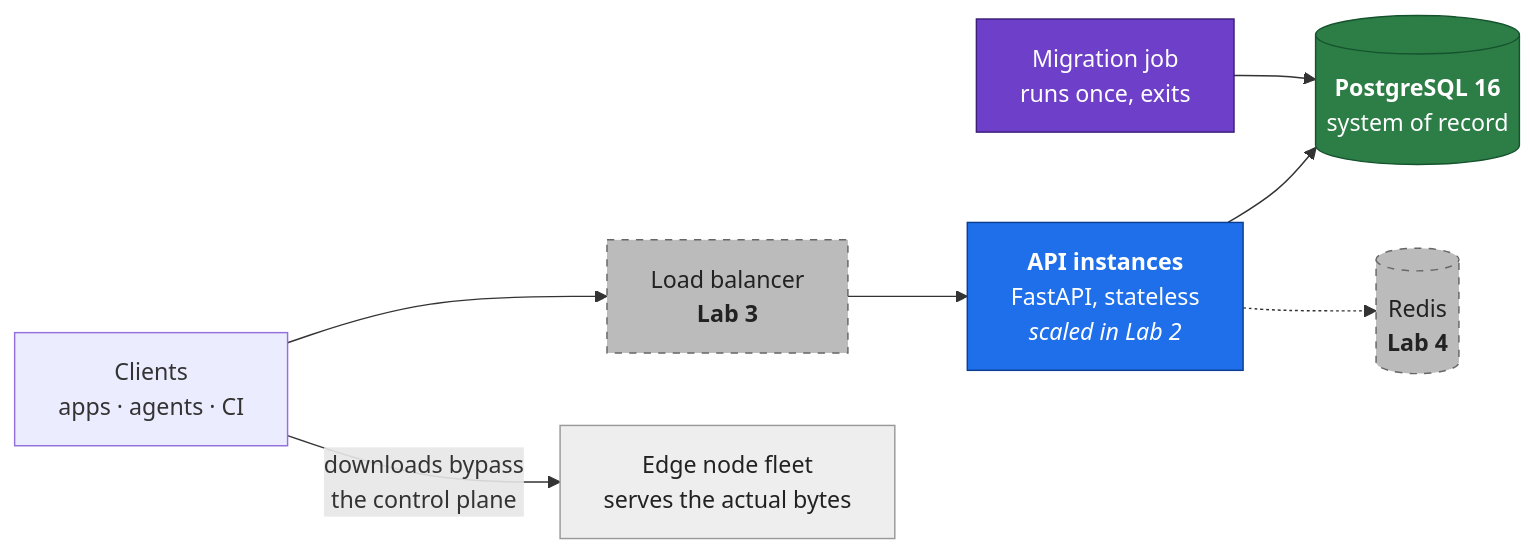
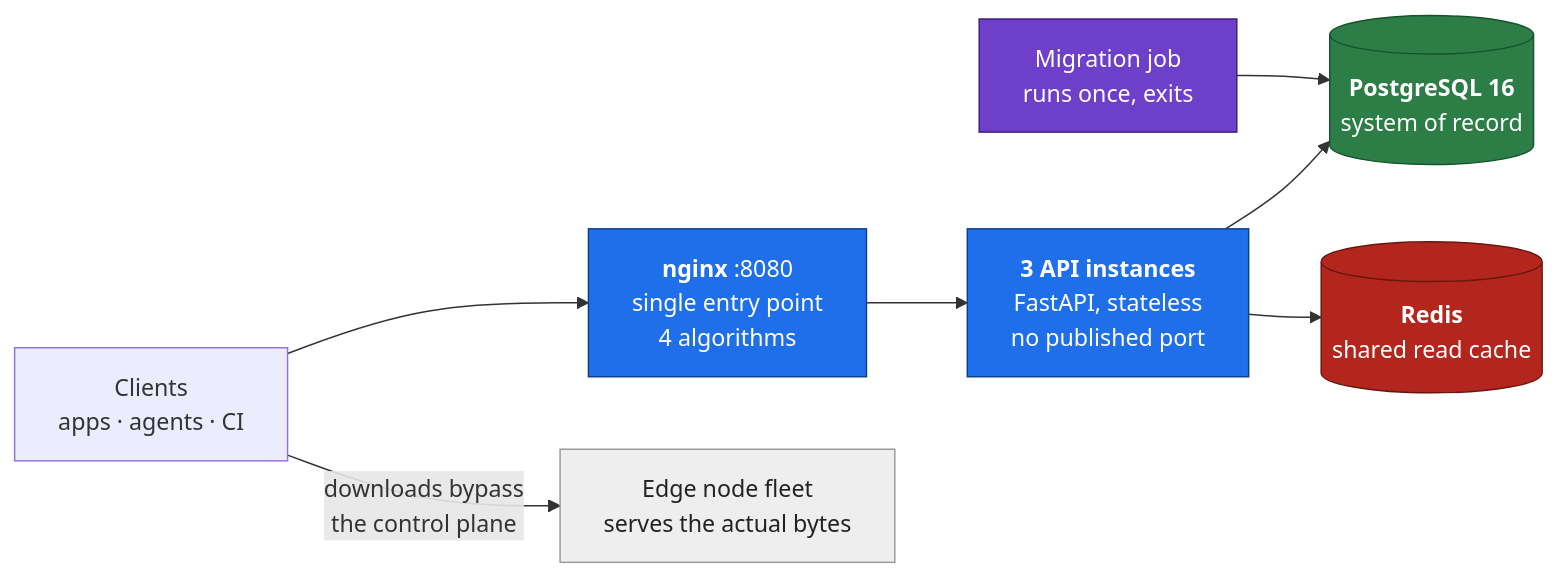
Before and after one commit to ostrrovska/uni_year_4: the first of 2 diagrams in high-load-systems/README.md, drawn with Mermaid. The commit also changed other lines of this file and 53 other files, not shown here.

````diff
--- a/high-load-systems/README.md
+++ b/high-load-systems/README.md
@@ -114,23 +135,23 @@
 ```mermaid
 flowchart LR
     clients["Clients<br/>apps · agents · CI"]
-    lb["Load balancer<br/><b>Lab 3</b>"]
-    api["<b>API instances</b><br/>FastAPI, stateless<br/><i>scaled in Lab 2</i>"]
+    lb["<b>nginx</b> :8080<br/>single entry point<br/>4 algorithms"]
+    api["<b>3 API instances</b><br/>FastAPI, stateless<br/>no published port"]
     db[("<b>PostgreSQL 16</b><br/>system of record")]
-    cache[("Redis<br/><b>Lab 4</b>")]
+    cache[("<b>Redis</b><br/>shared read cache")]
     migrate["Migration job<br/>runs once, exits"]
     edge["Edge node fleet<br/>serves the actual bytes"]
 
     clients --> lb --> api
     api --> db
-    api -.-> cache
+    api --> cache
     migrate --> db
     clients -->|"downloads bypass<br/>the control plane"| edge
 
     style api fill:#1f6feb,stroke:#0b3d91,color:#ffffff
     style db fill:#2d7d46,stroke:#14532d,color:#ffffff
     style migrate fill:#6e40c9,stroke:#3b1e7a,color:#ffffff
-    style lb fill:#bbbbbb,stroke:#666666,color:#222222,stroke-dasharray: 5 5
-    style cache fill:#bbbbbb,stroke:#666666,color:#222222,stroke-dasharray: 5 5
+    style lb fill:#1f6feb,stroke:#0b3d91,color:#ffffff
+    style cache fill:#b3261e,stroke:#6b160f,color:#ffffff
     style edge fill:#eeeeee,stroke:#999999,color:#222222
 ```
````
